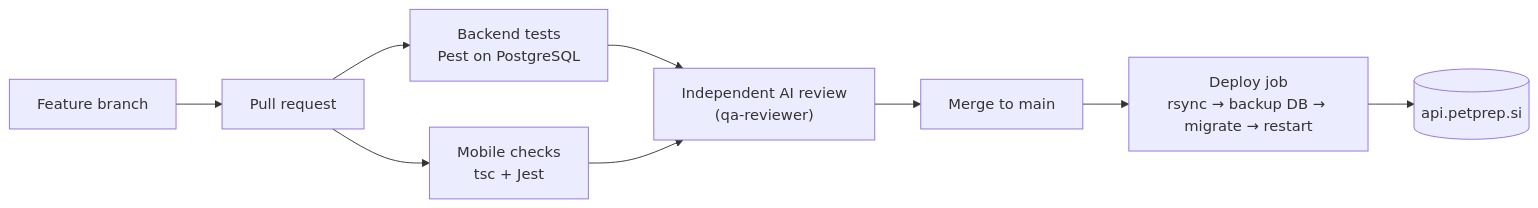
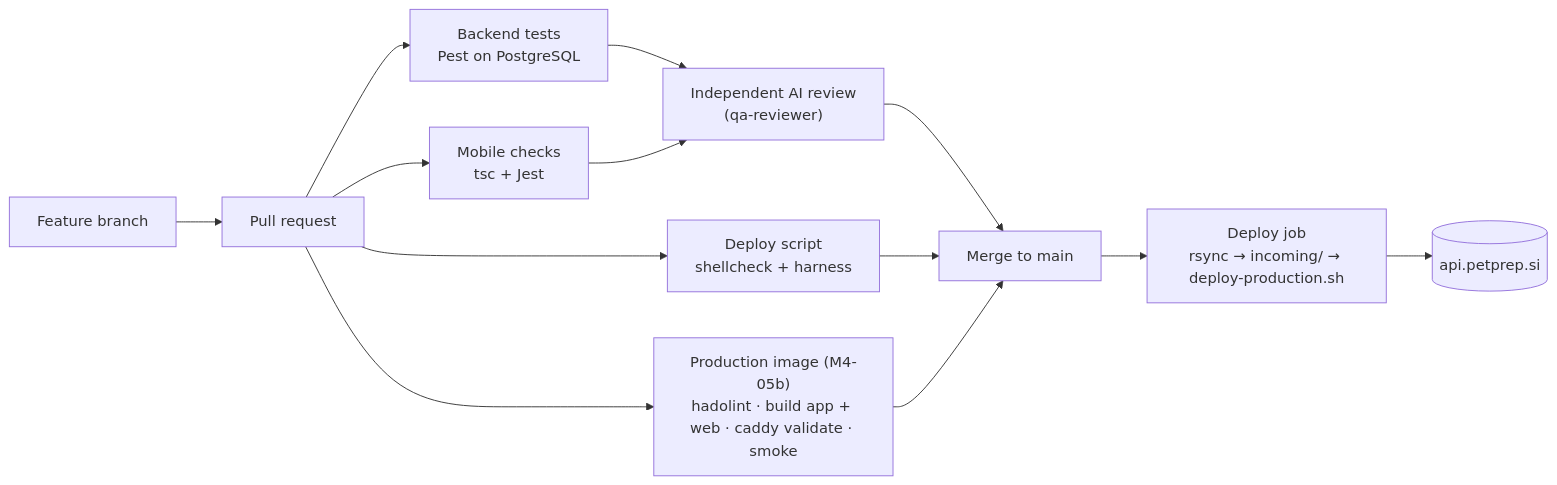
One commit to DataVallis/pet-prep changed diagram 14 of 22 in docs/engineering/DIAGRAMS.md. Above: the diagram before and after it, drawn with Mermaid. The commit also changed other lines of this file and 24 other files, not shown here.

First line of the commit message:
feat(deploy): production PHP-FPM runtime + Caddy serves static files and pet media [M4-05b]

````diff
--- a/docs/engineering/DIAGRAMS.md
+++ b/docs/engineering/DIAGRAMS.md
@@ -548,10 +552,13 @@
 ```mermaid
 flowchart LR
   BR[Feature branch] --> PR[Pull request]
   PR --> CI1["Backend tests<br/>Pest on PostgreSQL"]
   PR --> CI2["Mobile checks<br/>tsc + Jest"]
   CI1 & CI2 --> REV["Independent AI review<br/>(qa-reviewer)"]
+  PR --> CI3["Deploy script<br/>shellcheck + harness"]
+  PR --> CI4["Production image (M4-05b)<br/>hadolint · build app + web · caddy validate · smoke"]
   REV --> M[Merge to main]
-  M --> DEP["Deploy job<br/>rsync → backup DB → migrate → restart"]
+  CI3 & CI4 --> M
+  M --> DEP["Deploy job<br/>rsync → incoming/ → deploy-production.sh"]
   DEP --> PROD[(api.petprep.si)]
 ```
````
